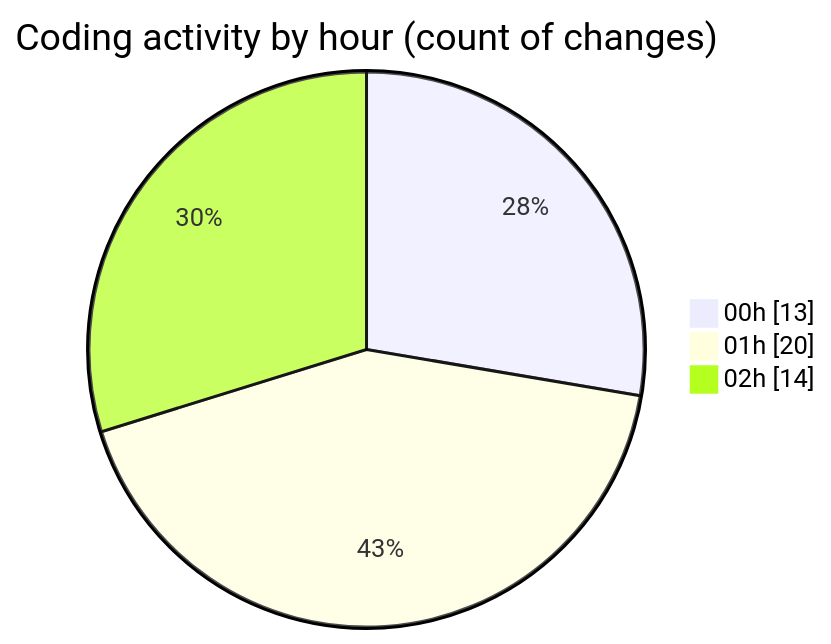
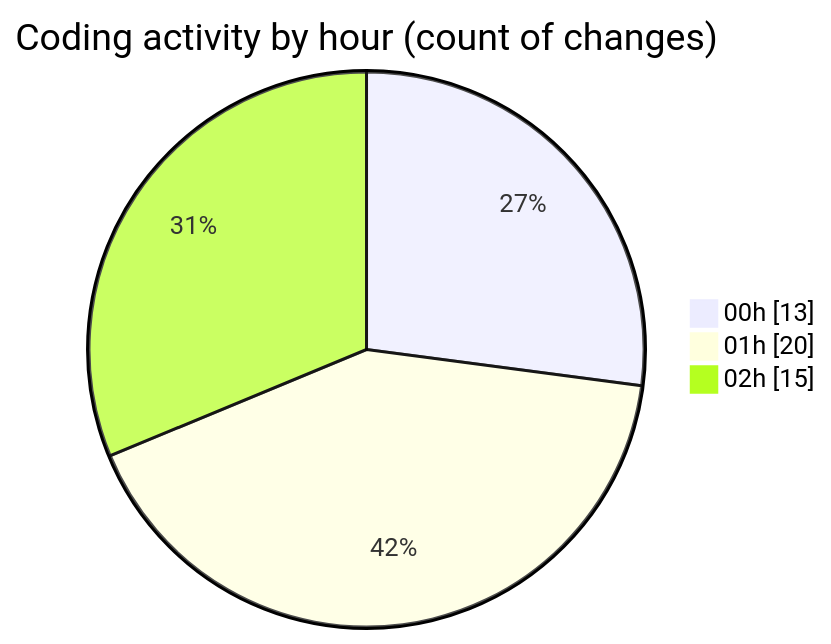
Before and after one commit to lephambinh05/code-tracking: the second of 2 diagrams in 2025-09-09/hiai-phf/README.md, drawn with Mermaid. The commit also changed other lines of this file and 1 other file, not shown here.

````diff
--- a/2025-09-09/hiai-phf/README.md
+++ b/2025-09-09/hiai-phf/README.md
@@ -46,7 +48,7 @@
 ```mermaid
 pie showData
 title Coding activity by hour (count of changes)
 "00h" : 13
 "01h" : 20
-"02h" : 14
+"02h" : 15
 ```
````
